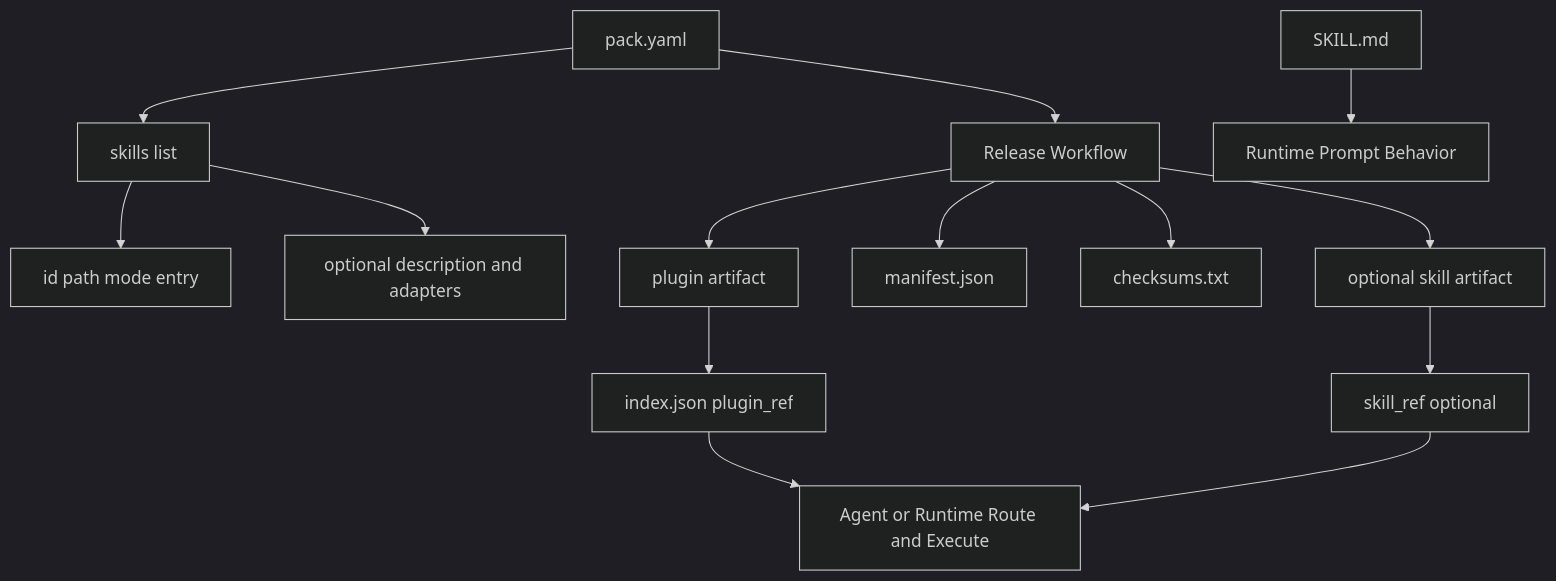
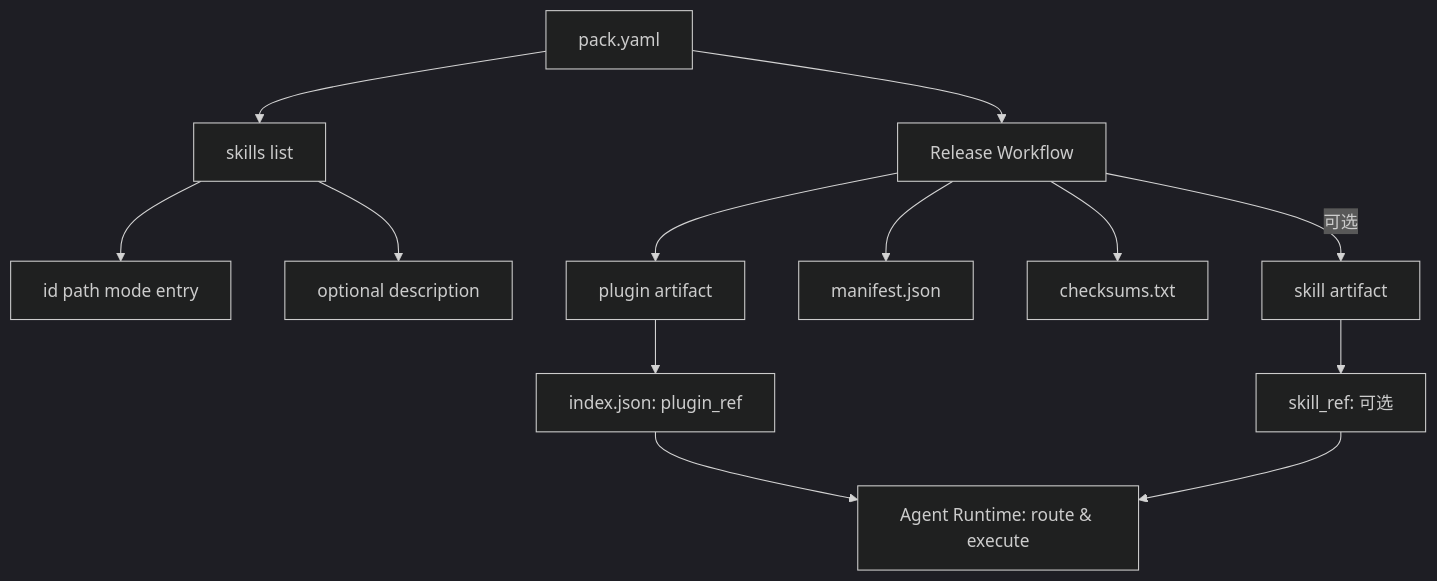
Before and after one commit to devbolin/skills: the second of 2 diagrams in docs/phase1/DESIGN.md, drawn with Mermaid (dark theme). The commit also changed other lines of this file and 4 other files, not shown here.

First line of the commit message:
docs: improve mermaid diagrams for GitHub readability

````diff
--- a/docs/phase1/DESIGN.md
+++ b/docs/phase1/DESIGN.md
@@ -55,16 +55,16 @@
 ```mermaid
 flowchart TD
-  P[pack.yaml] --> S[skills list]
-  S --> M[id path mode entry]
-  S --> O[optional description and adapters]
-  K[SKILL.md] --> R[Runtime Prompt Behavior]
-  P --> W[Release Workflow]
-  W --> A[plugin artifact]
-  W --> B[manifest.json]
-  W --> C[checksums.txt]
-  W --> D[optional skill artifact]
-  A --> I[index.json plugin_ref]
-  D --> X[skill_ref optional]
-  I --> Z[Agent or Runtime Route and Execute]
-  X --> Z
+    P[pack.yaml] --> S[skills list]
+    S --> M[id path mode entry]
+    S --> O[optional description]
+    P --> W[Release Workflow]
+    W --> A[plugin artifact]
+    W --> B[manifest.json]
+    W --> C[checksums.txt]
+    W -->|可选| D[skill artifact]
+
+    A --> I[index.json: plugin_ref]
+    D --> X[skill_ref: 可选]
+    I --> Z[Agent Runtime: route & execute]
+    X --> Z
 ```
````
